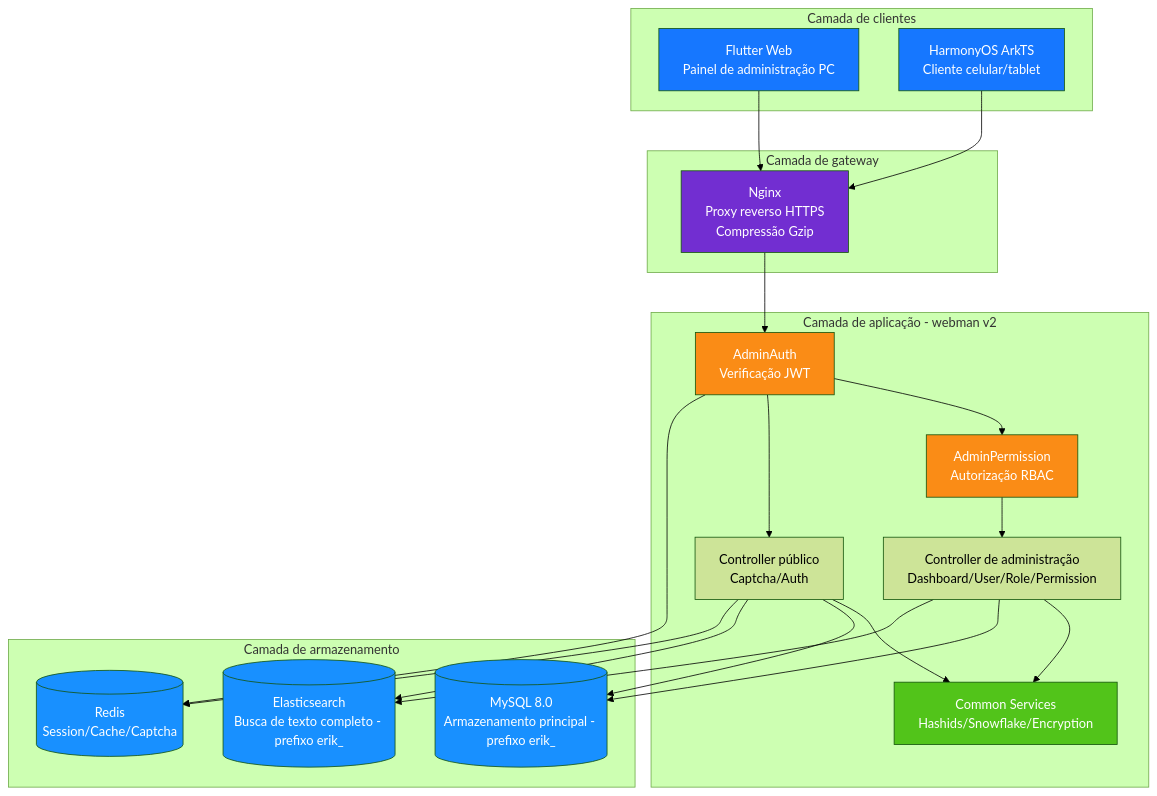
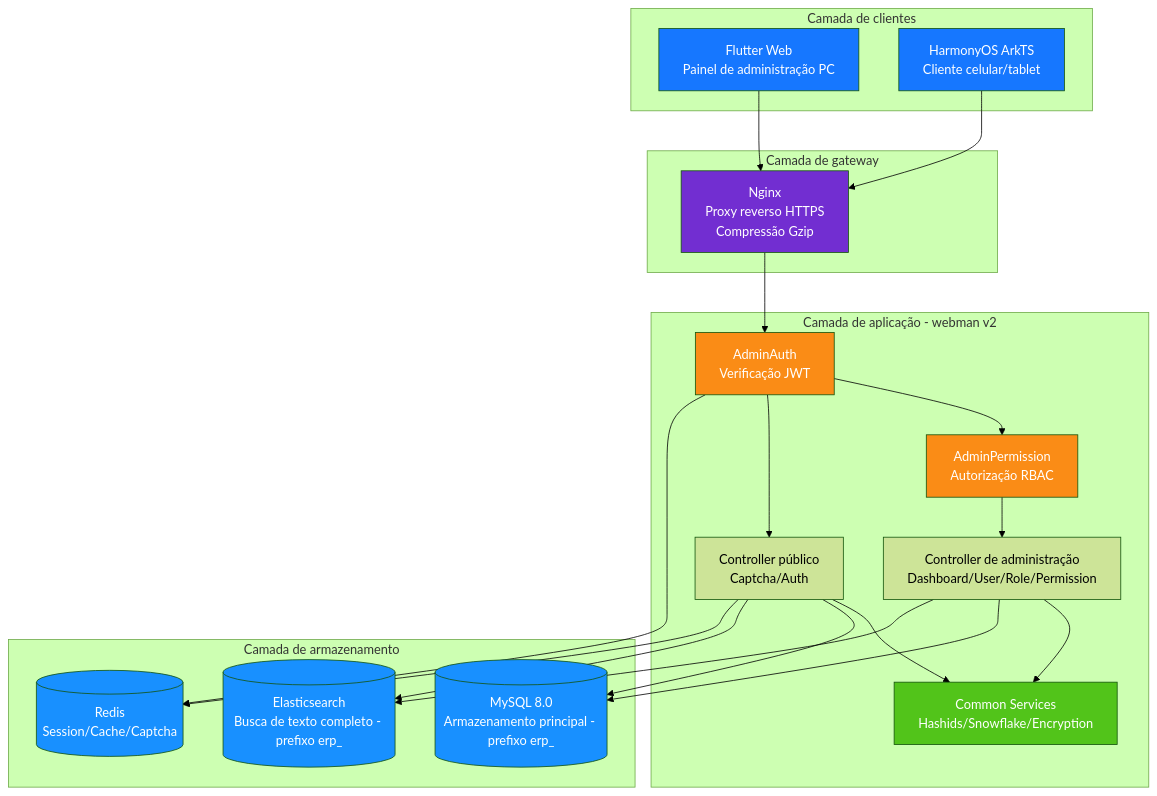
Before and after one commit to erikwang2013/erp-php: the diagram in docs/i18n/pt/diagrams/01-system-architecture.md, drawn with Mermaid (forest theme). The commit also changed 449 other files, not shown here.

First line of the commit message:
全局命名统一：数据库 erp、表前缀 erp_、Redis 前缀 erp:（原 erik_/open_admin）

````diff
--- a/docs/i18n/pt/diagrams/01-system-architecture.md
+++ b/docs/i18n/pt/diagrams/01-system-architecture.md
@@ -3,50 +3,50 @@
 ```mermaid
 flowchart TB
     subgraph clients["Camada de clientes"]
         flutter["Flutter Web<br/>Painel de administração PC"]
         harmony["HarmonyOS ArkTS<br/>Cliente celular/tablet"]
     end
 
     subgraph gateway["Camada de gateway"]
         nginx["Nginx<br/>Proxy reverso HTTPS<br/>Compressão Gzip"]
     end
 
     subgraph app["Camada de aplicação - webman v2"]
         auth["AdminAuth<br/>Verificação JWT"]
         perm["AdminPermission<br/>Autorização RBAC"]
         admin["Controller de administração<br/>Dashboard/User/Role/Permission"]
         public["Controller público<br/>Captcha/Auth"]
         common["Common Services<br/>Hashids/Snowflake/Encryption"]
     end
 
     subgraph storage["Camada de armazenamento"]
-        mysql[("MySQL 8.0<br/>Armazenamento principal - prefixo erik_")]
-        es[("Elasticsearch<br/>Busca de texto completo - prefixo erik_")]
+        mysql[("MySQL 8.0<br/>Armazenamento principal - prefixo erp_")]
+        es[("Elasticsearch<br/>Busca de texto completo - prefixo erp_")]
         redis[("Redis<br/>Session/Cache/Captcha")]
     end
 
     flutter --> nginx
     harmony --> nginx
     nginx --> auth
     auth --> perm
     perm --> admin
     auth --> public
     admin --> common
     public --> common
     admin --> mysql
     public --> mysql
     admin --> es
     public --> es
     auth --> redis
     public --> redis
 
     style flutter fill:#1677FF,color:#fff
     style harmony fill:#1677FF,color:#fff
     style nginx fill:#722ED1,color:#fff
     style auth fill:#FA8C16,color:#fff
     style perm fill:#FA8C16,color:#fff
     style common fill:#52C41A,color:#fff
     style mysql fill:#1890FF,color:#fff
     style es fill:#1890FF,color:#fff
     style redis fill:#1890FF,color:#fff
 ```
````
